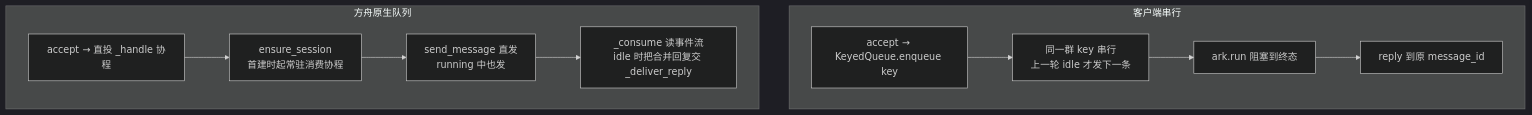
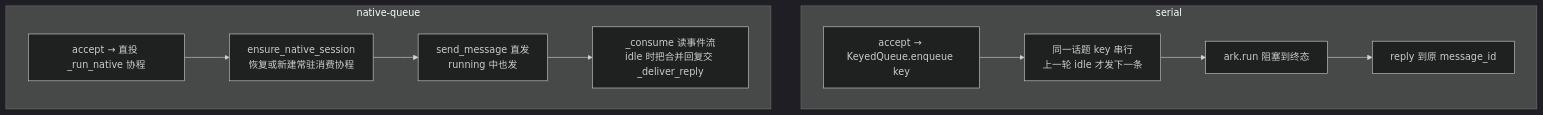
Before and after one commit to FeiZhuNiU-INFJA/ARK-MA-Best-Practise: the fourth of 9 diagrams in scenarios/feishu-bot/cases/group-bot/ARCHITECTURE.md, drawn with Mermaid (dark theme). The commit also changed other lines of this file and 14 other files, not shown here.

````diff
--- a/scenarios/feishu-bot/cases/group-bot/ARCHITECTURE.md
+++ b/scenarios/feishu-bot/cases/group-bot/ARCHITECTURE.md
@@ -154,13 +157,13 @@
 ```mermaid
 flowchart TD
-    subgraph A[客户端串行]
-        A1[accept → KeyedQueue.enqueue key] --> A2[同一群 key 串行\n上一轮 idle 才发下一条]
+    subgraph A[serial]
+        A1[accept → KeyedQueue.enqueue key] --> A2[同一话题 key 串行\n上一轮 idle 才发下一条]
         A2 --> A3[ark.run 阻塞到终态]
         A3 --> A4[reply 到原 message_id]
     end
-    subgraph C[方舟原生队列]
-        C1[accept → 直投 _handle 协程] --> C2[ensure_session\n首建时起常驻消费协程]
+    subgraph C[native-queue]
+        C1[accept → 直投 _run_native 协程] --> C2[ensure_native_session\n恢复或新建常驻消费协程]
         C2 --> C3[send_message 直发\nrunning 中也发]
         C3 --> C4[_consume 读事件流\nidle 时把合并回复交 _deliver_reply]
     end
 ```
````
